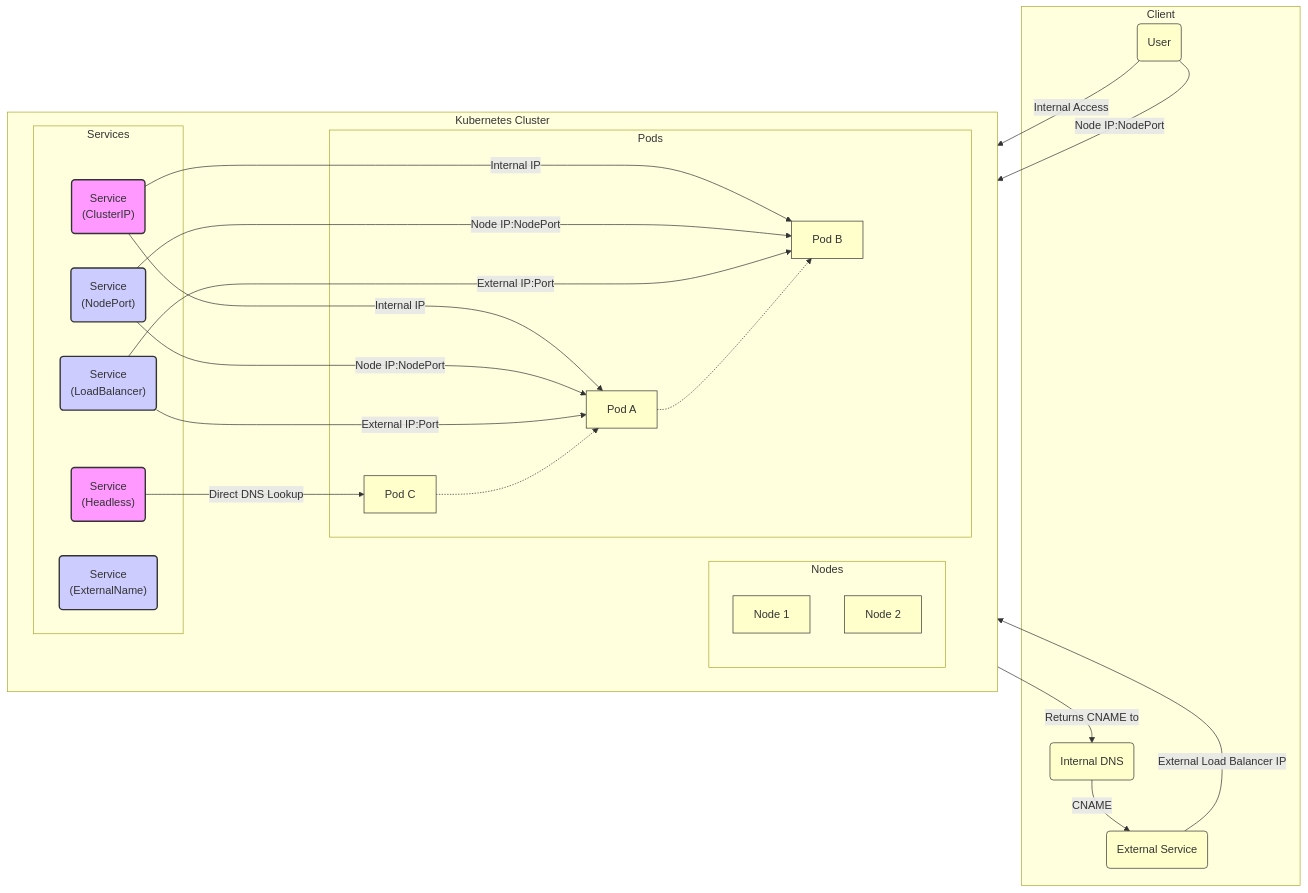
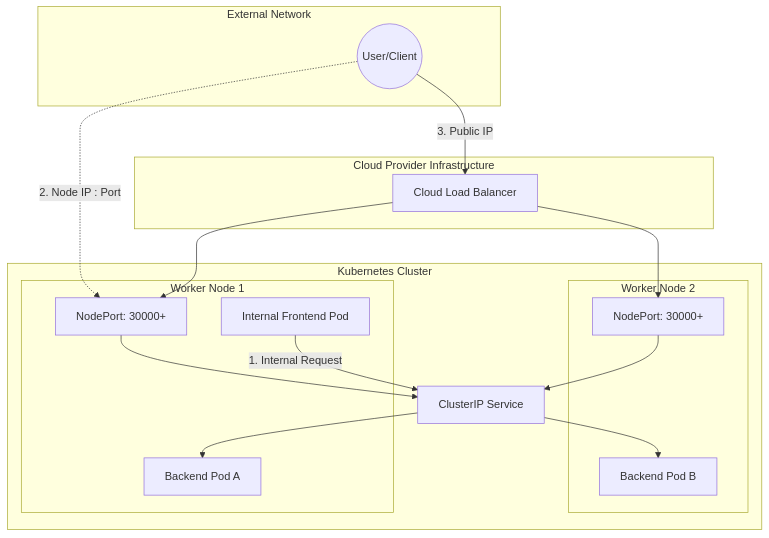
The diagram in labs/network.md (Young-ook/container-lab), drawn with Mermaid before and after one commit. The commit also changed other lines of this file, not shown here.

Commit message:
docs(net): update kube svc type flow diagram mermaid config

````diff
--- a/labs/network.md
+++ b/labs/network.md
@@ -41,64 +33,40 @@
 ```mermaid
 graph TD
-    subgraph Client
-        User(User)
-        ClusterDNS(Internal DNS)
-        ExternalSource(External Service)
+    subgraph "External Network"
+        User((User/Client))
     end
 
-    subgraph Kubernetes Cluster
-        direction LR
-        subgraph Services
-            C_IP("Service\n(ClusterIP)")
-            N_Port("Service\n(NodePort)")
-            L_B("Service\n(LoadBalancer)")
-            E_Name("Service\n(ExternalName)")
-            H_less("Service\n(Headless)")
+    subgraph "Cloud Provider Infrastructure"
+        LB[Cloud Load Balancer]
+    end
+
+    subgraph "Kubernetes Cluster"
+        subgraph "Worker Node 1"
+            NP_1[NodePort: 30000+]
+            Pod1[Backend Pod A]
+            OtherPod[Internal Frontend Pod]
         end
 
-        subgraph Nodes
-            direction TD
-            Node1[Node 1]
-            Node2[Node 2]
+        subgraph "Worker Node 2"
+            NP_2[NodePort: 30000+]
+            Pod2[Backend Pod B]
         end
 
-        subgraph Pods
-            PodA[Pod A]
-            PodB[Pod B]
-            PodC[Pod C]
-        end
-
-        %% Connections within the cluster
-        C_IP -- "Internal IP" --> PodA
-        C_IP -- "Internal IP" --> PodB
-
-        N_Port -- "Node IP:NodePort" --> PodA
-        N_Port -- "Node IP:NodePort" --> PodB
-
-        L_B -- "External IP:Port" --> PodA
-        L_B -- "External IP:Port" --> PodB
-
-        H_less -- "Direct DNS Lookup" --> PodC
-
-        %% Traffic flow from clients
-        User -- "Internal Access" --> C_IP
-        User -- "Node IP:NodePort" --> N_Port
-
-        ExternalSource -- "External Load Balancer IP" --> L_B
-
-        ClusterDNS -- "CNAME" --> ExternalSource
-        E_Name -- "Returns CNAME to" --> ClusterDNS
-
-        %% Pod connections
-        PodA -.-> PodB
-        PodC -.-> PodA
+        CIP[ClusterIP Service]
     end
 
-    %% Styles for clarity
-    classDef internal fill:#f9f,stroke:#333,stroke-width:2px;
-    class C_IP,H_less internal;
-    classDef external fill:#ccf,stroke:#333,stroke-width:2px;
-    class N_Port,L_B,E_Name external;
-    classDef component fill:#ffc,stroke:#333,stroke-width:1px;
-    class PodA,PodB,PodC,Node1,Node2,User,ClusterDNS,ExternalSource component;
+    %% ClusterIP Flow (Internal)
+    OtherPod -- "1. Internal Request" --> CIP
+    CIP --> Pod1
+    CIP --> Pod2
+
+    %% NodePort Flow (Direct to Node)
+    User -. "2. Node IP : Port" .-> NP_1
+    NP_1 --> CIP
+
+    %% LoadBalancer Flow (Cloud Managed)
+    User -- "3. Public IP" --> LB
+    LB --> NP_1
+    LB --> NP_2
+    NP_2 --> CIP
 ```
````
